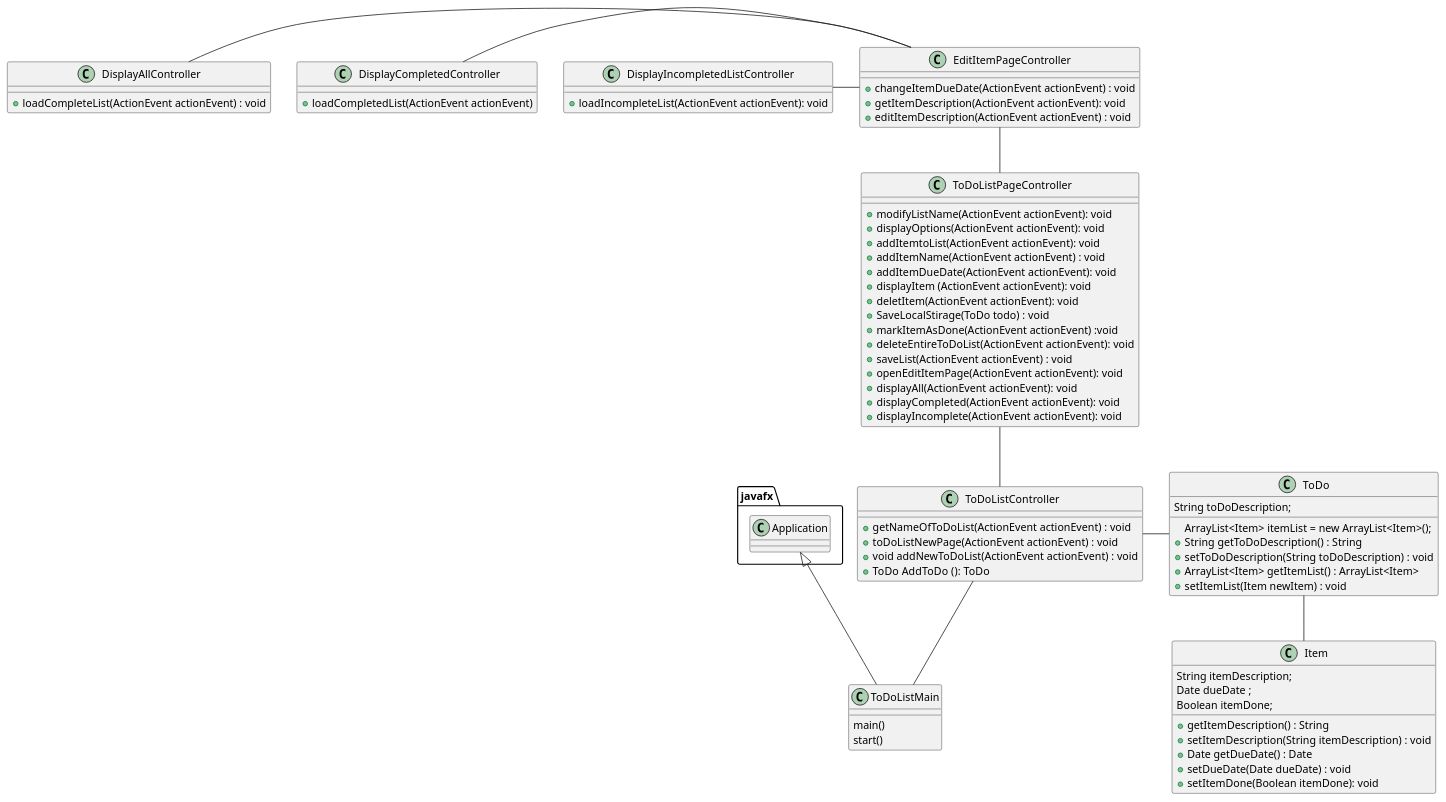
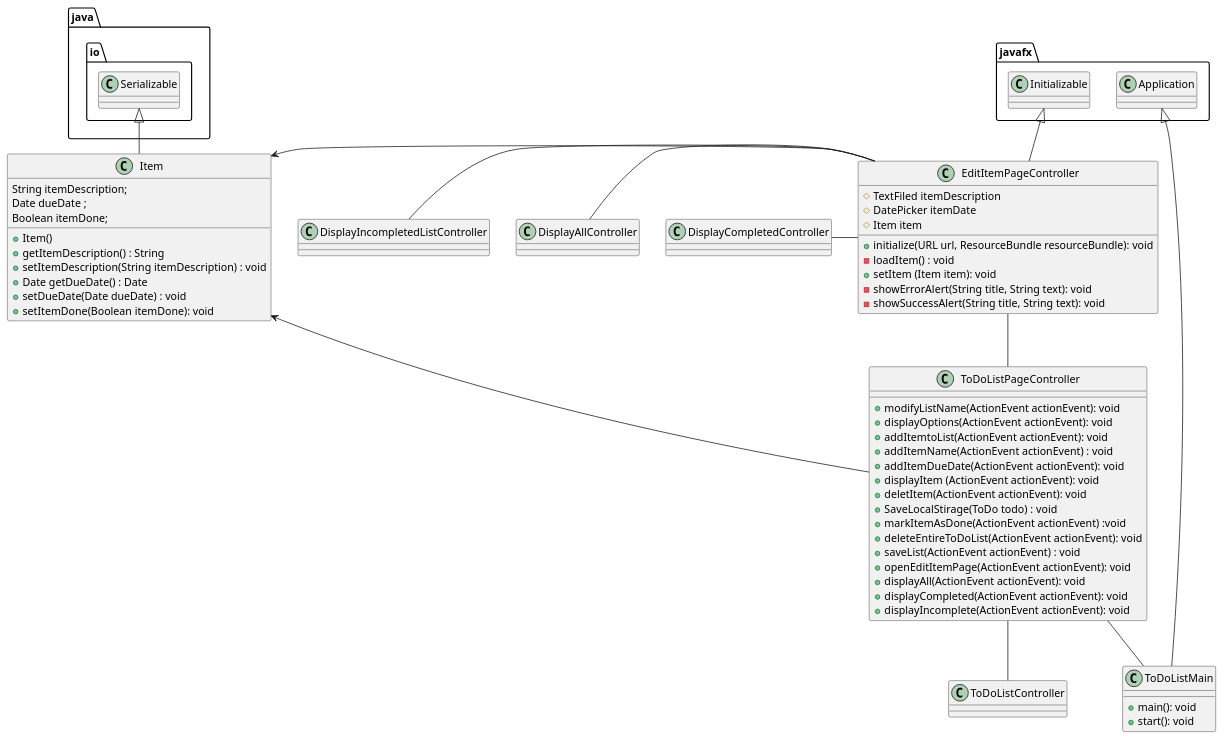
One commit to SaharaSheik/Sheikholeslami-Do-To-List-App changed the diagram in UML/ToDoListApp.puml. Above: the diagram before and after it, drawn with PlantUML. The commit also changed 19 other files, not shown here.

Commit message:
working on uml

```diff
--- a/UML/ToDoListApp.puml
+++ b/UML/ToDoListApp.puml
@@ -1,95 +1,75 @@
 @startuml
 'https://plantuml.com/sequence-diagram
 
 class ToDoListMain{
-    main()
-    start()
-}
-
-class EditItemPageController {
-
-+changeItemDueDate(ActionEvent actionEvent) : void
-+getItemDescription(ActionEvent actionEvent): void
-+ editItemDescription(ActionEvent actionEvent) : void
-
-}
-
-class DisplayCompletedController {
-
-+loadCompletedList(ActionEvent actionEvent)
+   + main(): void
+   + start(): void
 }
 
 class Item{
  String itemDescription;
  Date dueDate ;
  Boolean itemDone;
 
++Item()
  + getItemDescription() : String
  + setItemDescription(String itemDescription) : void
  +Date getDueDate() : Date
  + setDueDate(Date dueDate) : void
  + setItemDone(Boolean itemDone): void
 
+}
+
+class EditItemPageController {
+
+#TextFiled itemDescription
+#DatePicker itemDate
+#Item item
++initialize(URL url, ResourceBundle resourceBundle): void
+-loadItem() : void
++setItem (Item item): void
+-showErrorAlert(String title, String text): void
+-showSuccessAlert(String title, String text): void
 
 }
 
 
-class DisplayAllController {
-+loadCompleteList(ActionEvent actionEvent) : void
-}
 
 
-class DisplayIncompletedListController {
-+loadIncompleteList(ActionEvent actionEvent): void
-}
 
-class ToDo {
-
-    String toDoDescription;
-    ArrayList<Item> itemList = new ArrayList<Item>();
-    + String getToDoDescription() : String
-    + setToDoDescription(String toDoDescription) : void
-    + ArrayList<Item> getItemList() : ArrayList<Item>
-    +  setItemList(Item newItem) : void
-
-}
-
-class ToDoListController {
-+ getNameOfToDoList(ActionEvent actionEvent) : void
-+ toDoListNewPage(ActionEvent actionEvent) : void
-+  void addNewToDoList(ActionEvent actionEvent) : void
-+ ToDo AddToDo (): ToDo
-}
 
 class ToDoListPageController {
 + modifyListName(ActionEvent actionEvent): void
 + displayOptions(ActionEvent actionEvent): void
 + addItemtoList(ActionEvent actionEvent): void
 + addItemName(ActionEvent actionEvent) : void
 + addItemDueDate(ActionEvent actionEvent): void
 + displayItem (ActionEvent actionEvent): void
 +  deletItem(ActionEvent actionEvent): void
 + SaveLocalStirage(ToDo todo) : void
 + markItemAsDone(ActionEvent actionEvent) :void
 + deleteEntireToDoList(ActionEvent actionEvent): void
 + saveList(ActionEvent actionEvent) : void
 + openEditItemPage(ActionEvent actionEvent): void
 +  displayAll(ActionEvent actionEvent): void
 + displayCompleted(ActionEvent actionEvent): void
 + displayIncomplete(ActionEvent actionEvent): void
 
 
 
 }
 
 javafx.Application <|-- ToDoListMain
-ToDoListController -- ToDoListMain
-ToDoListController - ToDo
-ToDo -- Item
+java.io.Serializable<|--Item
+javafx.Initializable<|--EditItemPageController
+ToDoListPageController -- ToDoListMain
+Item<-EditItemPageController
+Item<-ToDoListPageController
+
 DisplayAllController - EditItemPageController
 DisplayCompletedController - EditItemPageController
 DisplayIncompletedListController - EditItemPageController
 EditItemPageController -- ToDoListPageController
 ToDoListPageController -- ToDoListController
 
 @enduml
```
